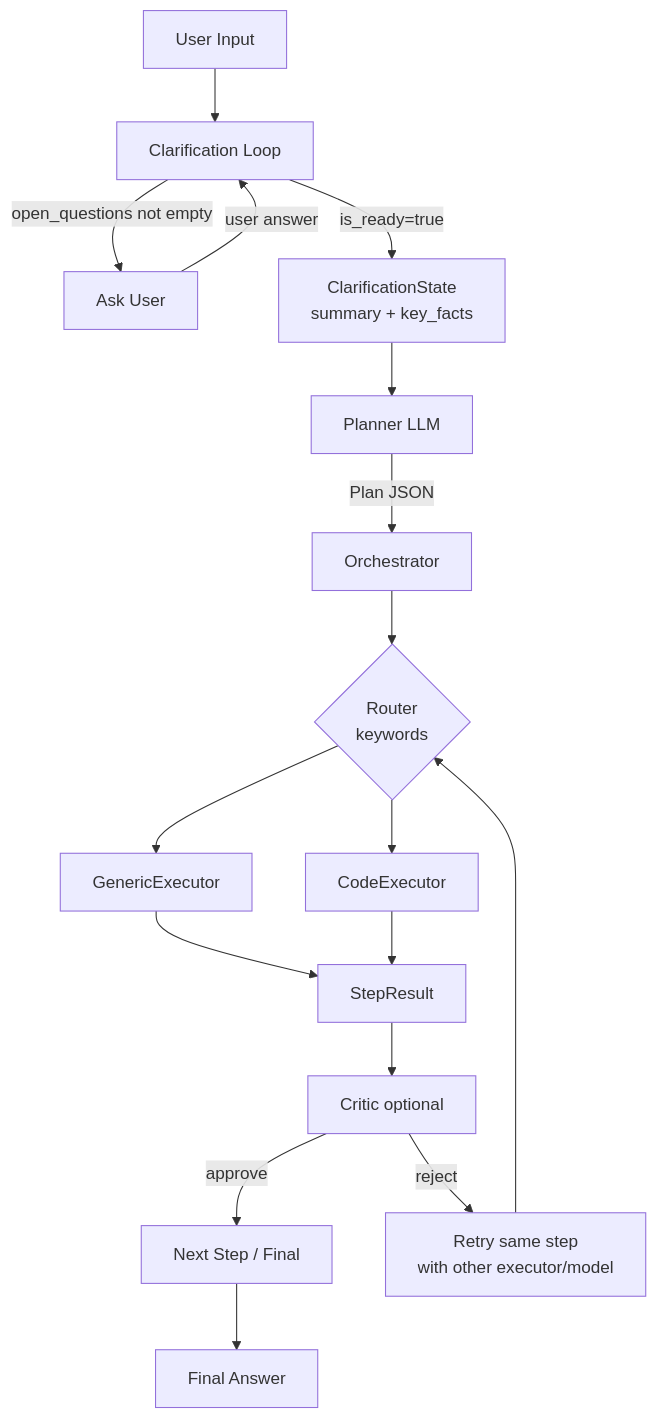
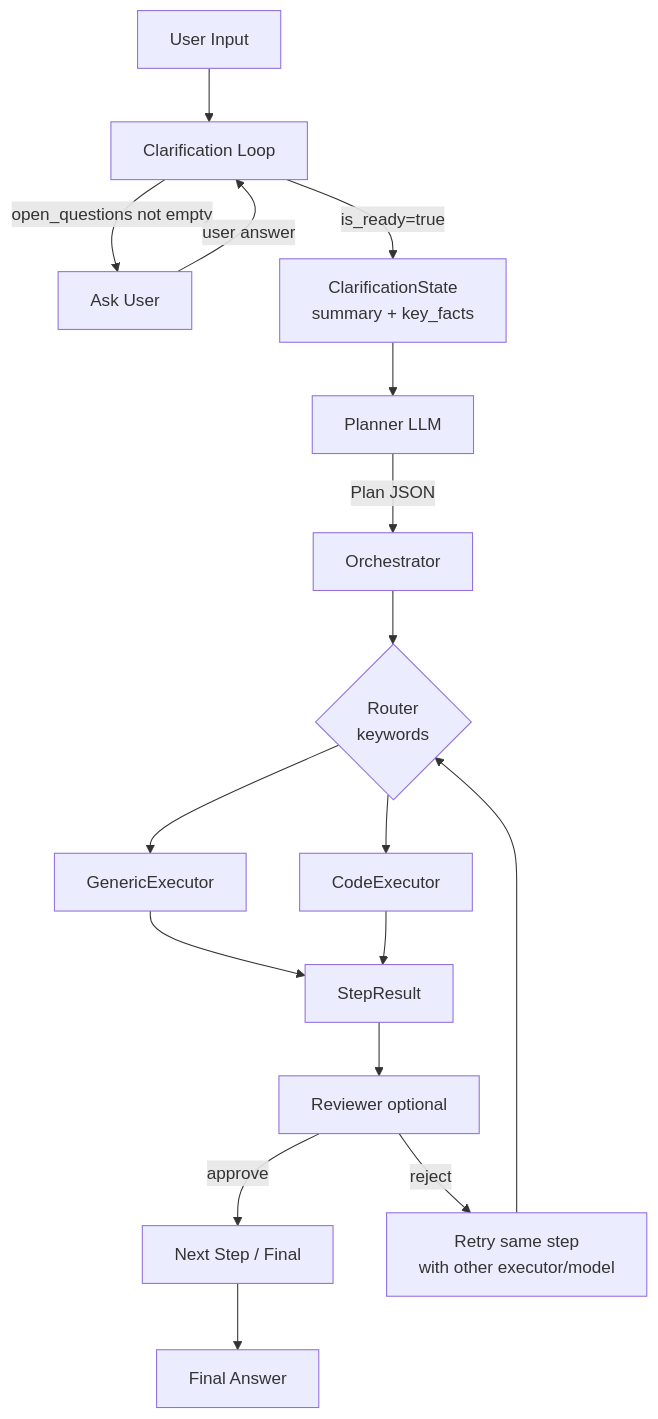
The first of 2 diagrams in docs/advisor-architecture.md (vzateychuk/adviser), drawn with Mermaid before and after one commit. The commit also changed other lines of this file and 38 other files, not shown here.

Commit message:
feat: rename Critic to Reviewer and update related components

````diff
--- a/docs/advisor-architecture.md
+++ b/docs/advisor-architecture.md
@@ -30,24 +30,24 @@
 ```mermaid
 flowchart TD
   U[User Input] --> CL[Clarification Loop]
   CL -->|open_questions not empty| Q[Ask User]
   Q -->|user answer| CL
   CL -->|is_ready=true| PS[ClarificationState\nsummary + key_facts]
   PS --> P[Planner LLM]
   P -->|Plan JSON| O[Orchestrator]
 
   O --> R{Router\nkeywords}
   R --> GE[GenericExecutor]
   R --> CE[CodeExecutor]
 
   GE --> SR[StepResult]
   CE --> SR
 
-  SR --> C[Critic optional]
+  SR --> C[Reviewer optional]
 
   C -->|approve| NX[Next Step / Final]
   C -->|reject| RT[Retry same step\nwith other executor/model]
 
   RT --> R
   NX --> F[Final Answer]
 ```
````
